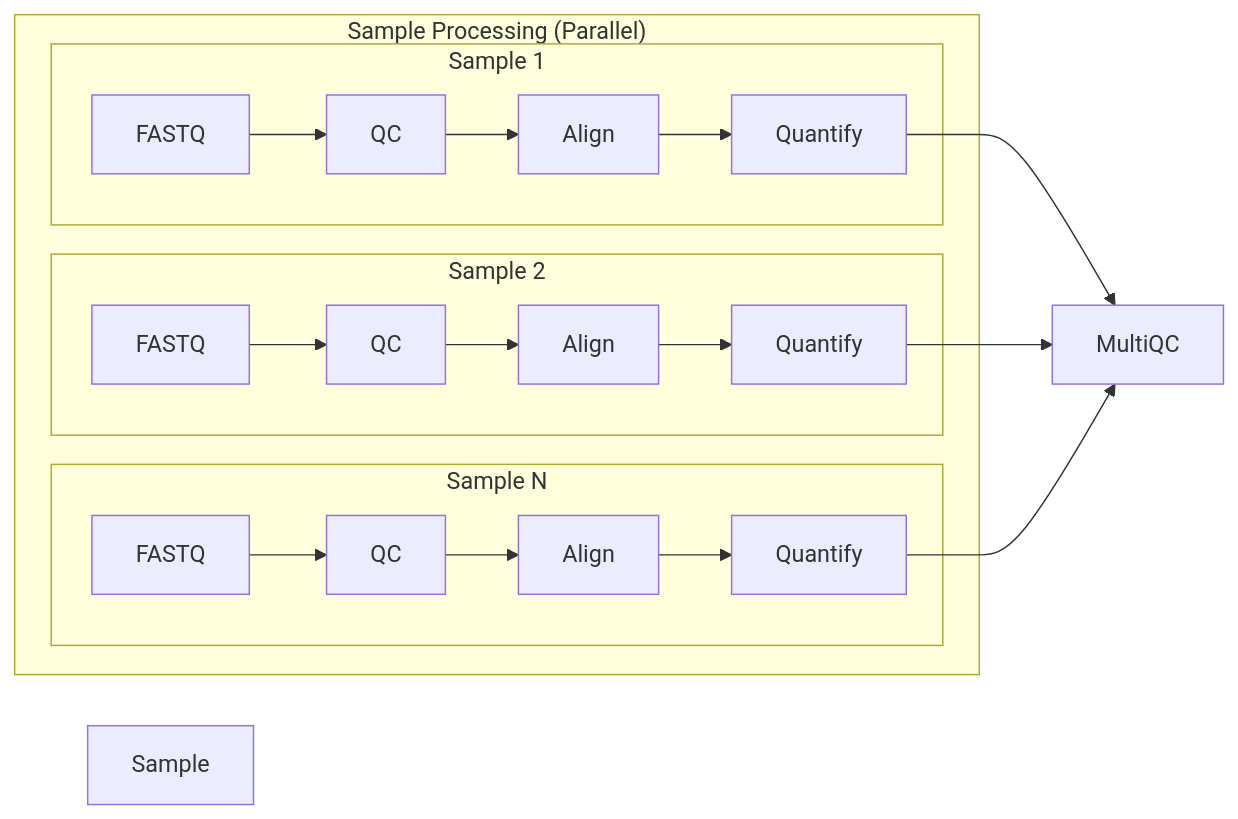
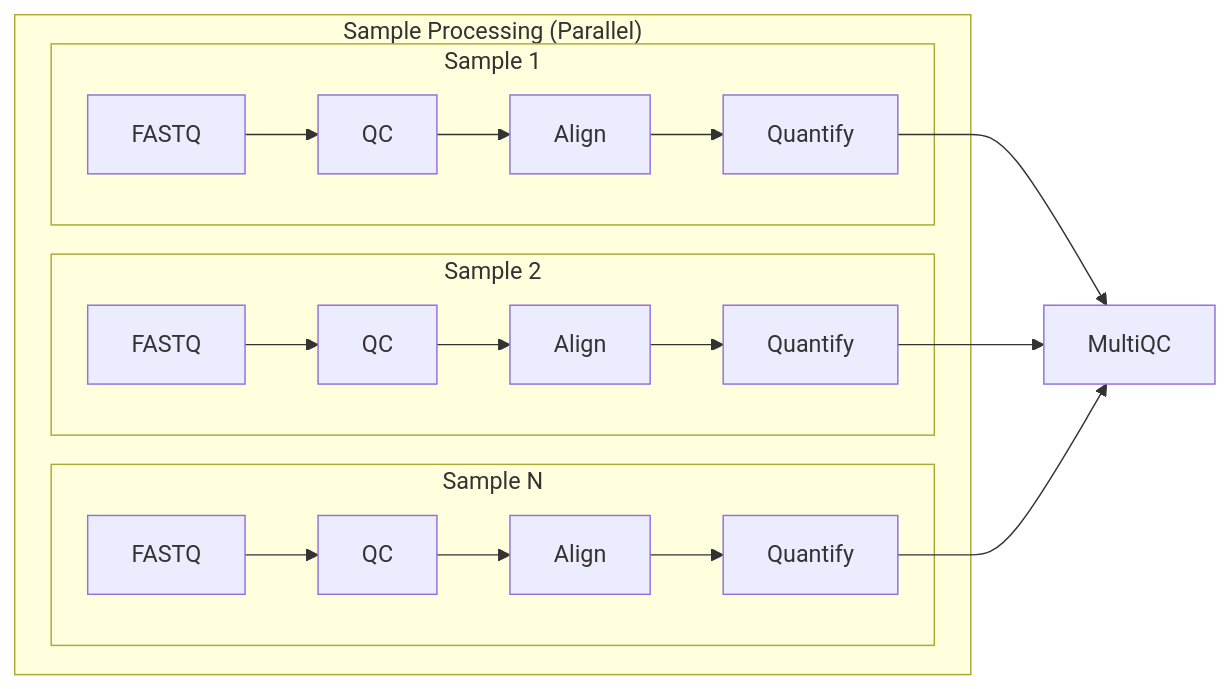
The diagram in README.md (kyuhokim2/RNASeq_Nextflow), drawn with Mermaid before and after one commit.

Commit message:
styling update

````diff
--- a/README.md
+++ b/README.md
@@ -4,21 +4,18 @@
 ```mermaid
 graph LR
     subgraph "Sample Processing (Parallel)"
         subgraph "Sample 1"
             A1[FASTQ] --> B1[QC] --> C1[Align] --> D1[Quantify]
         end
         
         subgraph "Sample 2"
             A2[FASTQ] --> B2[QC] --> C2[Align] --> D2[Quantify]
         end
         
         subgraph "Sample N"
             A3[FASTQ] --> B3[QC] --> C3[Align] --> D3[Quantify]
         end
     end
     
     D1 & D2 & D3 --> E[MultiQC]
-    
-    style Sample 2 opacity:0.7
-    style Sample N opacity:0.5
 ```
````
